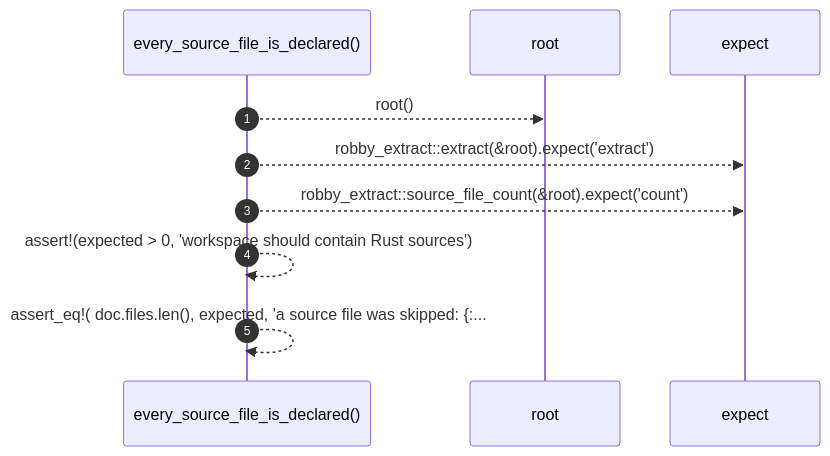
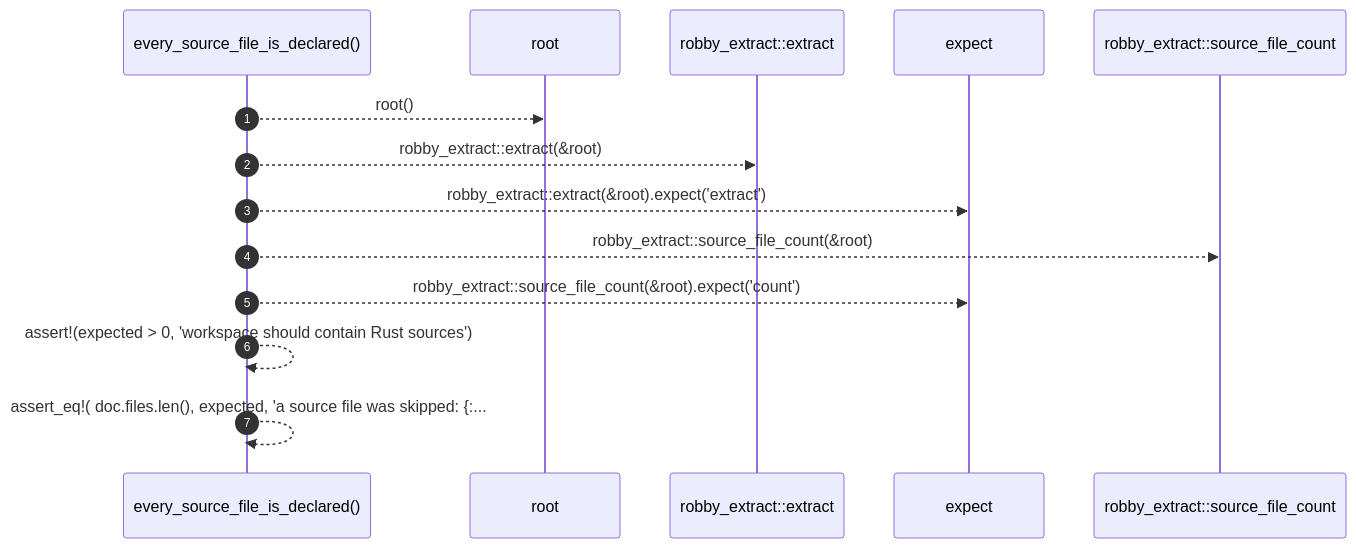
The diagram in docs/self-model/robby_extract/test_extract/every-source-file-is-declared.md (RyanGuild/self-describing-code), drawn with Mermaid before and after one commit. The commit also changed other lines of this file and 1404 other files, not shown here.

````diff
--- a/docs/self-model/robby_extract/test_extract/every-source-file-is-declared.md
+++ b/docs/self-model/robby_extract/test_extract/every-source-file-is-declared.md
@@ -29,12 +29,16 @@
 ```mermaid
 sequenceDiagram
     autonumber
     participant every_source_file_is_declared as every_source_file_is_declared()
     participant root as root
+    participant robby_extract__extract as robby_extract::extract
     participant expect as expect
+    participant robby_extract__source_file_count as robby_extract::source_file_count
     every_source_file_is_declared-->>root: root()
+    every_source_file_is_declared-->>robby_extract__extract: robby_extract::extract(&root)
     every_source_file_is_declared-->>expect: robby_extract::extract(&root).expect('extract')
+    every_source_file_is_declared-->>robby_extract__source_file_count: robby_extract::source_file_count(&root)
     every_source_file_is_declared-->>expect: robby_extract::source_file_count(&root).expect('count')
     every_source_file_is_declared-->>every_source_file_is_declared: assert!(expected > 0, 'workspace should contain Rust sources')
     every_source_file_is_declared-->>every_source_file_is_declared: assert_eq!( doc.files.len(), expected, 'a source file was skipped: {:...
 ```
````
